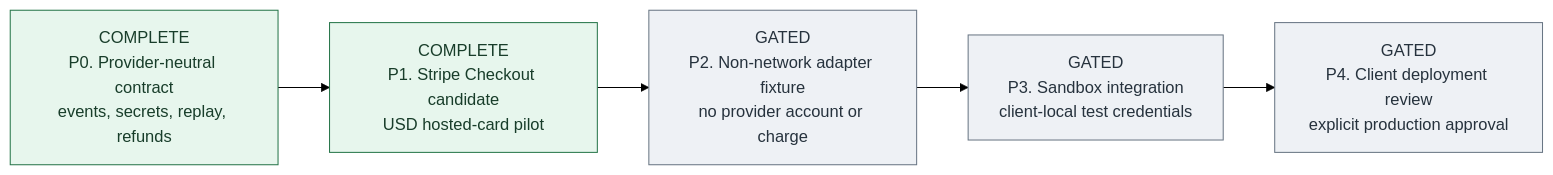
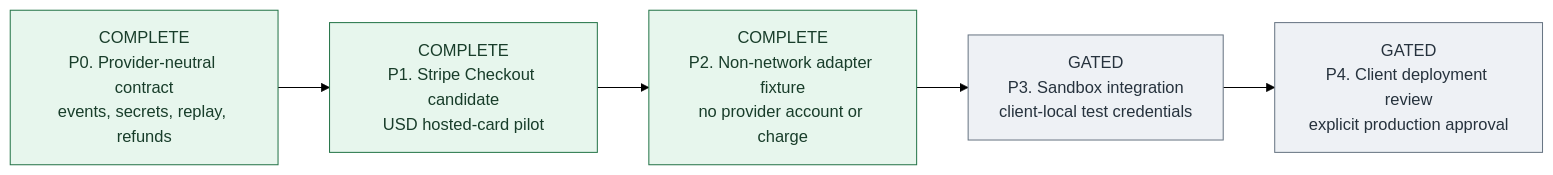
The third of 3 diagrams in docs/ADD-ON-PLATFORM-STATUS.md (orojas01-glitch/redcms), drawn with Mermaid (forest theme) before and after one commit. The commit also changed other lines of this file and 9 other files, not shown here.

````diff
--- a/docs/ADD-ON-PLATFORM-STATUS.md
+++ b/docs/ADD-ON-PLATFORM-STATUS.md
@@ -94,15 +94,15 @@
 ```mermaid
 flowchart LR
     P0["COMPLETE<br/>P0. Provider-neutral contract<br/>events, secrets, replay, refunds"]
     P1["COMPLETE<br/>P1. Stripe Checkout candidate<br/>USD hosted-card pilot"]
-    P2["GATED<br/>P2. Non-network adapter fixture<br/>no provider account or charge"]
+    P2["COMPLETE<br/>P2. Non-network adapter fixture<br/>no provider account or charge"]
     P3["GATED<br/>P3. Sandbox integration<br/>client-local test credentials"]
     P4["GATED<br/>P4. Client deployment review<br/>explicit production approval"]
 
     P0 --> P1 --> P2 --> P3 --> P4
 
     classDef complete fill:#e7f6ed,stroke:#27764a,color:#183d2a;
     classDef gated fill:#eef1f5,stroke:#697684,color:#26323d;
-    class P0,P1 complete;
-    class P2,P3,P4 gated;
+    class P0,P1,P2 complete;
+    class P3,P4 gated;
 ```
````
